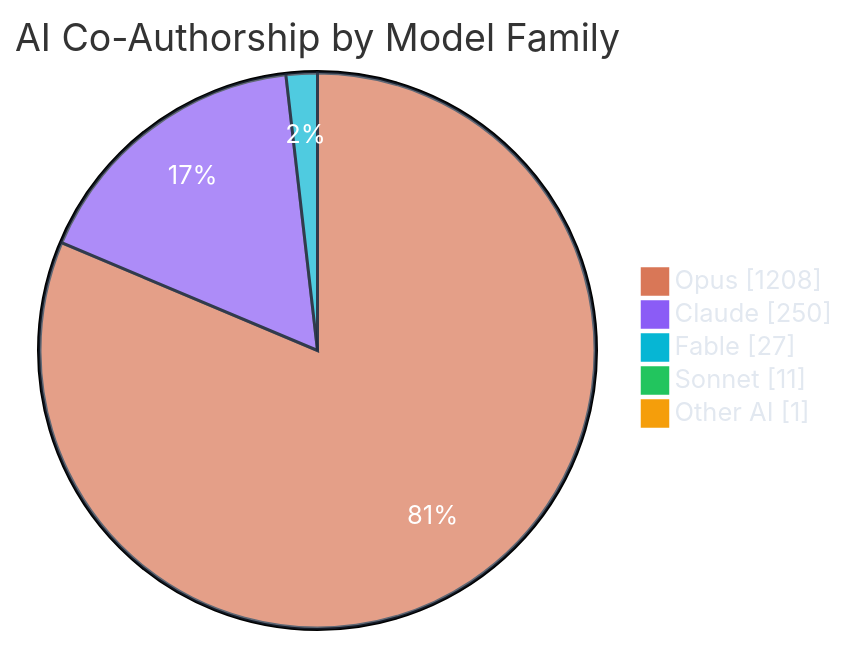
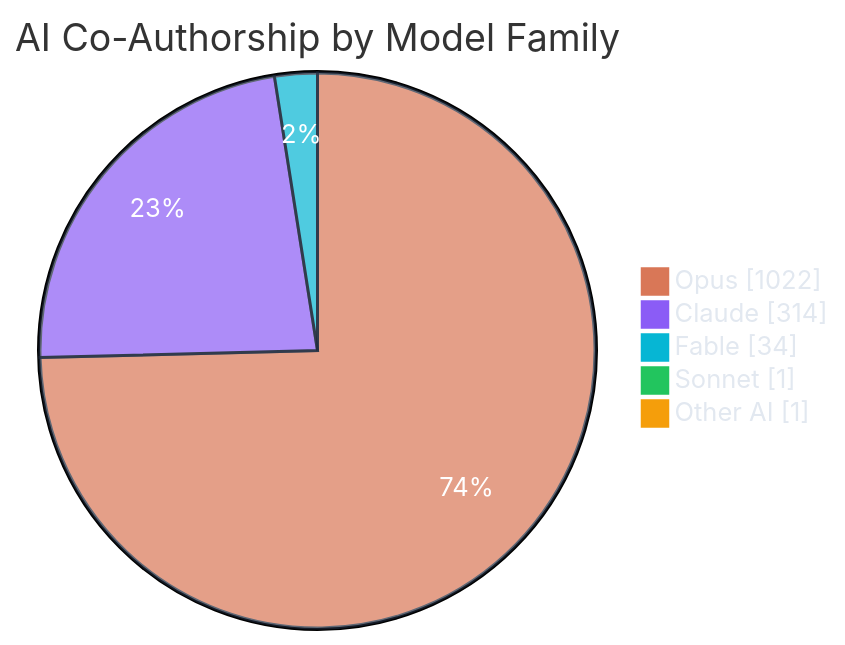
One commit to polo-nyan/polo-nyan changed the third of 7 diagrams in README.md. Above: the diagram before and after it, drawn with Mermaid. The commit also changed other lines of this file and 1 other file, not shown here.

````diff
--- a/README.md
+++ b/README.md
@@ -279,10 +279,10 @@
 ```mermaid
 %%{init: {"theme": "base", "themeVariables": { "pie1": "#d97757", "pie2": "#8b5cf6", "pie3": "#06b6d4", "pie4": "#22c55e", "pie5": "#f59e0b", "pie6": "#ec4899", "pieTextColor": "#ffffff", "pieLegendTextColor": "#e2e8f0", "pieSectionTextColor": "#ffffff", "pieStrokeColor": "#1e293b" }}}%%
 pie showData
     title AI Co-Authorship by Model Family
-    "Opus" : 1208
-    "Claude" : 250
-    "Fable" : 27
-    "Sonnet" : 11
+    "Opus" : 1022
+    "Claude" : 314
+    "Fable" : 34
+    "Sonnet" : 1
     "Other AI" : 1
 ```
````
